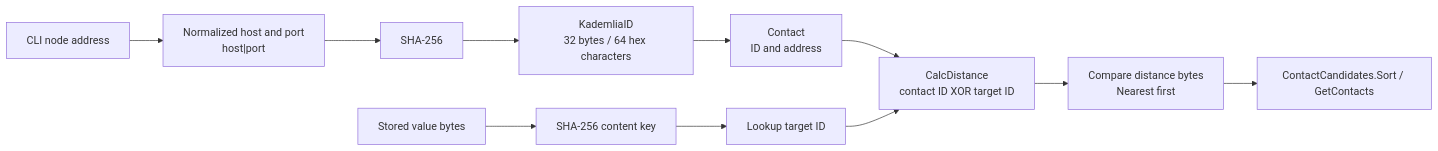
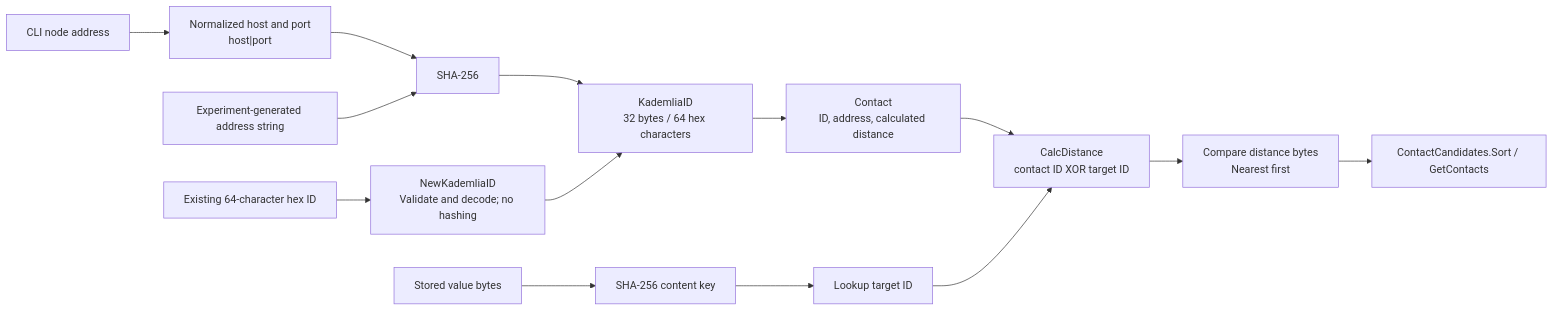
Diagram 14 of 17 in labs/ARCHITECTURE.md (mohraj-0/Mobil-and-distributed-D7024E), drawn with Mermaid before and after one commit. The commit also changed other lines of this file, not shown here.

````diff
--- a/labs/ARCHITECTURE.md
+++ b/labs/ARCHITECTURE.md
@@ -333,13 +380,16 @@
 ```mermaid
 flowchart LR
     ADDRESS["CLI node address"] --> MATERIAL["Normalized host and port<br/>host|port"]
     MATERIAL --> HASH["SHA-256"]
+    EXP["Experiment-generated address string"] --> HASH
     HASH --> ID["KademliaID<br/>32 bytes / 64 hex characters"]
     VALUE["Stored value bytes"] --> VH["SHA-256 content key"]
     VH --> TARGET["Lookup target ID"]
-    ID --> CONTACT["Contact<br/>ID and address"]
+    HEX["Existing 64-character hex ID"] --> DECODE["NewKademliaID<br/>Validate and decode; no hashing"]
+    DECODE --> ID
+    ID --> CONTACT["Contact<br/>ID, address, calculated distance"]
     CONTACT --> XOR["CalcDistance<br/>contact ID XOR target ID"]
     TARGET --> XOR
     XOR --> COMPARE["Compare distance bytes<br/>Nearest first"]
     COMPARE --> CAND["ContactCandidates.Sort / GetContacts"]
 ```
````
